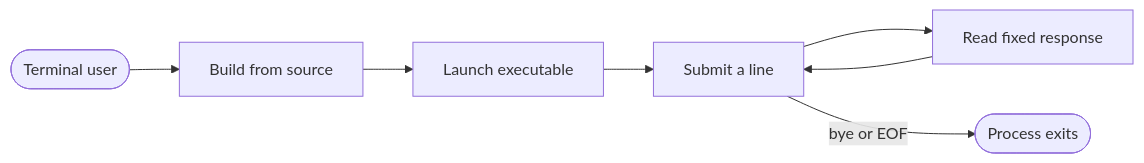
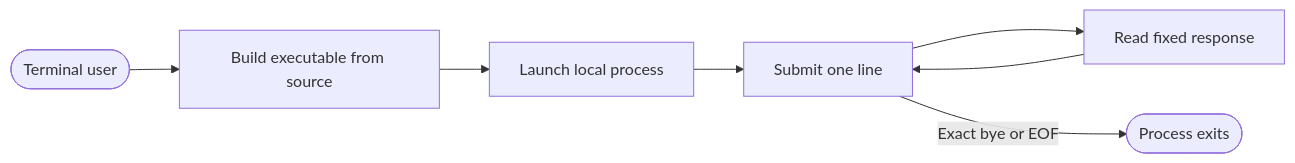
Before and after one commit to Brajesh31/chatbot-C-: the first of 5 diagrams in docs/diagrams.md, drawn with Mermaid. The commit also changed other lines of this file and 4 other files, not shown here.

Commit message:
Expand architecture, data flow, security and maintenance documentation

```diff
--- a/docs/diagrams.md
+++ b/docs/diagrams.md
@@ -8,9 +9,9 @@
 ~~~mermaid
 flowchart LR
-    User([Terminal user]) --> Build[Build from source]
-    Build --> Run[Launch executable]
-    Run --> Turn[Submit a line]
+    User([Terminal user]) --> Build[Build executable from source]
+    Build --> Run[Launch local process]
+    Run --> Turn[Submit one line]
     Turn --> Reply[Read fixed response]
     Reply --> Turn
-    Turn -->|bye or EOF| Exit([Process exits])
+    Turn -->|Exact bye or EOF| Exit([Process exits])
 ~~~
```
